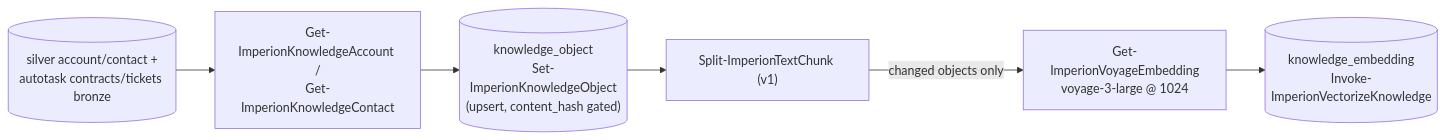
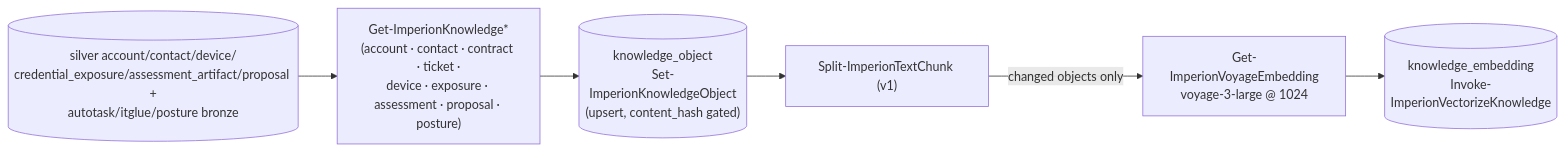
Before and after one commit to markdconnelly/ImperionCRM_LocalPipelineEnrichment: the diagram in docs/database/vector-lifecycle.md, drawn with Mermaid. The commit also changed other lines of this file and 1 other file, not shown here.

First line of the commit message:
docs: record the v0.5.0 knowledge-composer fan-out (STATUS, vector lifecycle)

````diff
--- a/docs/database/vector-lifecycle.md
+++ b/docs/database/vector-lifecycle.md
@@ -10,9 +10,9 @@
 ```mermaid
 flowchart LR
-    SILVER[("silver account/contact +<br/>autotask contracts/tickets bronze")]
-    SILVER --> COMPOSE["Get-ImperionKnowledgeAccount /<br/>Get-ImperionKnowledgeContact"]
+    SILVER[("silver account/contact/device/<br/>credential_exposure/assessment_artifact/proposal +<br/>autotask/itglue/posture bronze")]
+    SILVER --> COMPOSE["Get-ImperionKnowledge*<br/>(account · contact · contract · ticket ·<br/>device · exposure · assessment · proposal · posture)"]
     COMPOSE --> KO[("knowledge_object<br/>Set-ImperionKnowledgeObject<br/>(upsert, content_hash gated)")]
     KO --> CHUNK["Split-ImperionTextChunk (v1)"]
     CHUNK -->|changed objects only| VOYAGE["Get-ImperionVoyageEmbedding<br/>voyage-3-large @ 1024"]
     VOYAGE --> KE[("knowledge_embedding<br/>Invoke-ImperionVectorizeKnowledge")]
 ```
````
